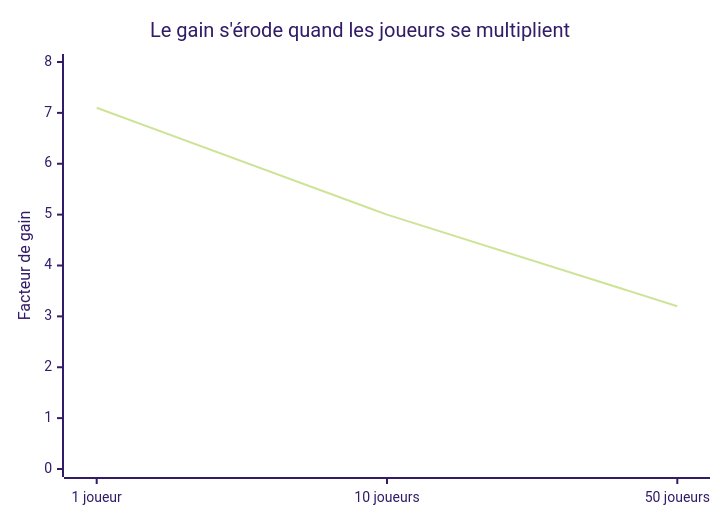
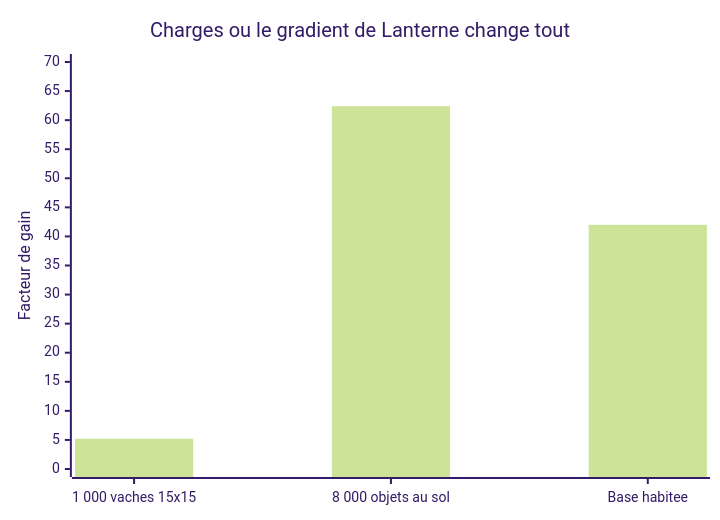
One commit to AstroQuestStudio/Lanterne changed the second of 6 diagrams in README.md. Above: the diagram before and after it, drawn with Mermaid (forest theme). The commit also changed other lines of this file and 1 other file, not shown here.

````diff
--- a/README.md
+++ b/README.md
@@ -132,7 +68,7 @@
 ```mermaid
 xychart-beta
-    title "Le gain s'érode quand les joueurs se multiplient"
-    x-axis ["1 joueur", "10 joueurs", "50 joueurs"]
-    y-axis "Facteur de gain" 0 --> 8
-    line [7.1, 5.0, 3.2]
+    title "Charges ou le gradient de Lanterne change tout"
+    x-axis ["1 000 vaches 15x15", "8 000 objets au sol", "Base habitee"]
+    y-axis "Facteur de gain" 0 --> 70
+    bar [5.2, 62.4, 42]
 ```
````
